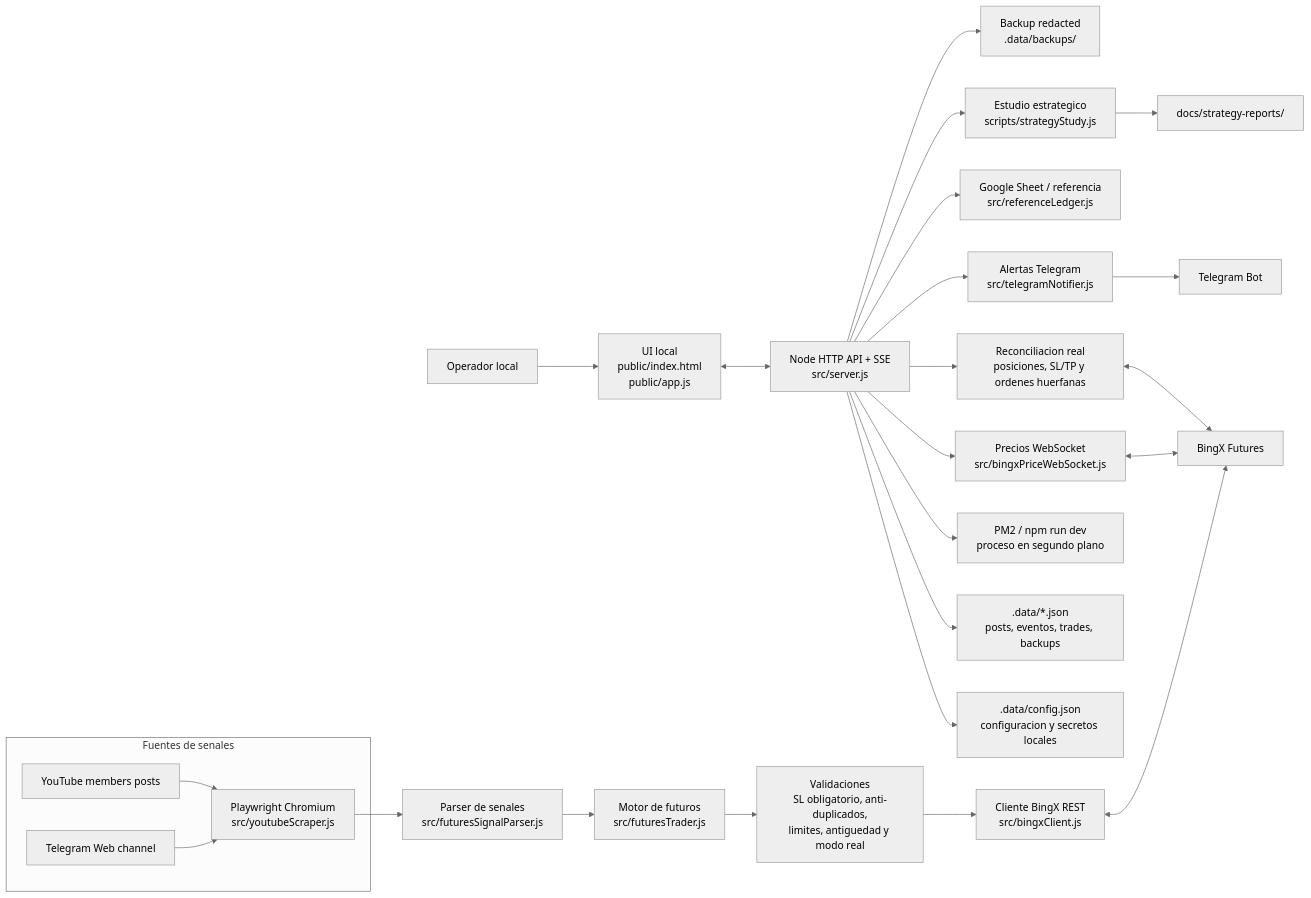
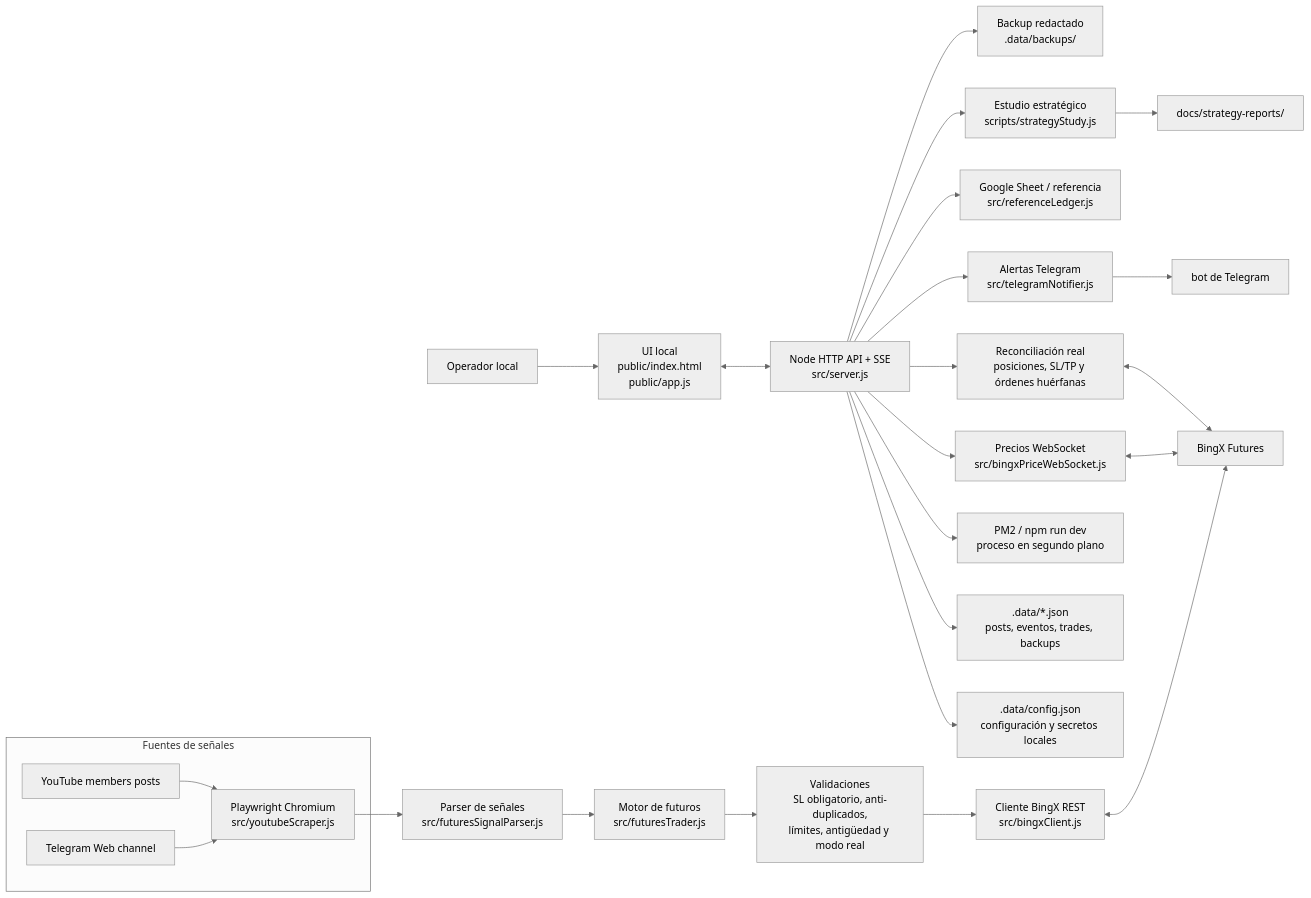
One commit to JotaTerrasa/yt-members-signal-trader changed the diagram in README.md. Above: the diagram before and after it, drawn with Mermaid (neutral theme). The commit also changed other lines of this file and 35 other files, not shown here.

````diff
--- a/README.md
+++ b/README.md
@@ -43,32 +43,32 @@
 ```mermaid
 flowchart LR
   operator["Operador local"] --> ui["UI local<br/>public/index.html<br/>public/app.js"]
   ui <--> api["Node HTTP API + SSE<br/>src/server.js"]
-  api --> config[".data/config.json<br/>configuracion y secretos locales"]
+  api --> config[".data/config.json<br/>configuración y secretos locales"]
   api --> stores[".data/*.json<br/>posts, eventos, trades, backups"]
   api --> pm2["PM2 / npm run dev<br/>proceso en segundo plano"]
 
-  subgraph sources["Fuentes de senales"]
+  subgraph sources["Fuentes de señales"]
     youtube["YouTube members posts"] --> scraper["Playwright Chromium<br/>src/youtubeScraper.js"]
     telegramWeb["Telegram Web channel"] --> scraper
   end
 
-  scraper --> parser["Parser de senales<br/>src/futuresSignalParser.js"]
+  scraper --> parser["Parser de señales<br/>src/futuresSignalParser.js"]
   parser --> trader["Motor de futuros<br/>src/futuresTrader.js"]
-  trader --> risk["Validaciones<br/>SL obligatorio, anti-duplicados,<br/>limites, antiguedad y modo real"]
+  trader --> risk["Validaciones<br/>SL obligatorio, anti-duplicados,<br/>límites, antigüedad y modo real"]
   risk --> bingxClient["Cliente BingX REST<br/>src/bingxClient.js"]
   bingxClient <--> bingx["BingX Futures"]
 
   api --> priceWs["Precios WebSocket<br/>src/bingxPriceWebSocket.js"]
   priceWs <--> bingx
-  api --> reconcile["Reconciliacion real<br/>posiciones, SL/TP y ordenes huerfanas"]
+  api --> reconcile["Reconciliación real<br/>posiciones, SL/TP y órdenes huérfanas"]
   reconcile <--> bingx
 
   api --> notifier["Alertas Telegram<br/>src/telegramNotifier.js"]
-  notifier --> telegramBot["Telegram Bot"]
+  notifier --> telegramBot["bot de Telegram"]
 
   api --> sheet["Google Sheet / referencia<br/>src/referenceLedger.js"]
-  api --> study["Estudio estrategico<br/>scripts/strategyStudy.js"]
+  api --> study["Estudio estratégico<br/>scripts/strategyStudy.js"]
   study --> reports["docs/strategy-reports/"]
-  api --> backup["Backup redacted<br/>.data/backups/"]
+  api --> backup["Backup redactado<br/>.data/backups/"]
 ```
````
